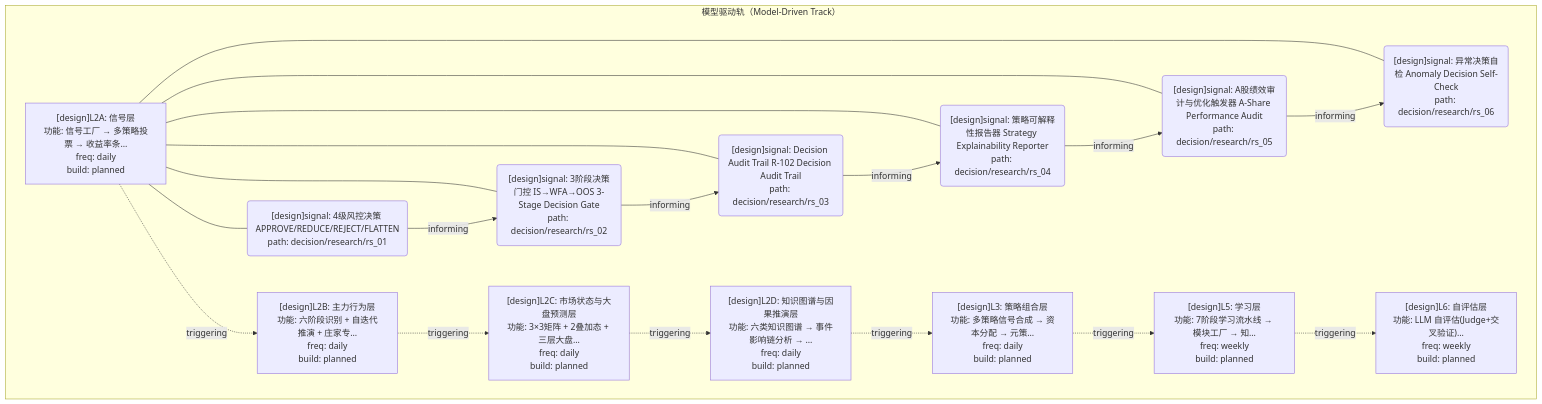
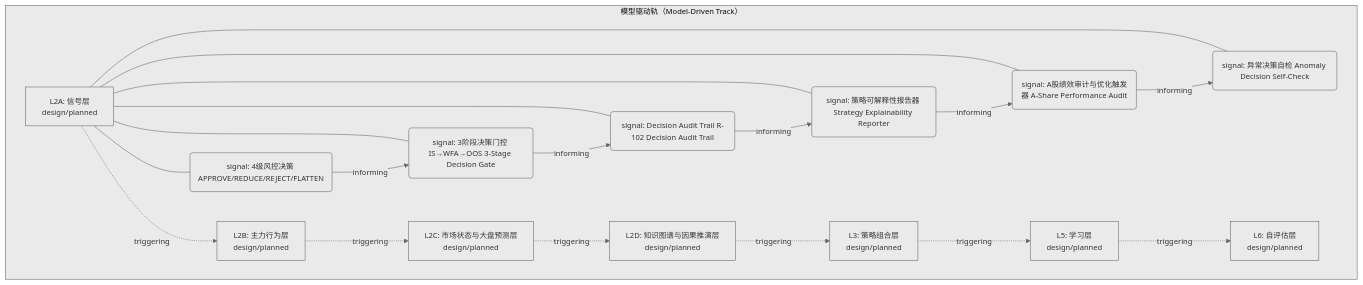
The first of 2 diagrams in docs/02_enterprise_architecture/06_decision_architecture/09_decision_l2a_research.md (xuanFelixVan/ZephyrAlpha), drawn with Mermaid before and after one commit. The commit also changed other lines of this file and 23 other files, not shown here.

First line of the commit message:
fix(decision-diagram): mermaid 图加 subgraph 容器 + clusterBkg 主题变量

````diff
--- a/docs/02_enterprise_architecture/06_decision_architecture/09_decision_l2a_research.md
+++ b/docs/02_enterprise_architecture/06_decision_architecture/09_decision_l2a_research.md
@@ -21,35 +21,36 @@
 ```mermaid
+%%{init: {'theme': 'base', 'themeVariables': {'primaryColor': '#eaeaea', 'primaryTextColor': '#333333', 'primaryBorderColor': '#666666', 'lineColor': '#666666', 'clusterBkg': '#eaeaea', 'clusterBorder': '#666666', 'fontSize': '14px'}}}%%
 flowchart TD
     subgraph track_model_driven["模型驱动轨（Model-Driven Track）"]
-        LL2A["[design]L2A: 信号层<br/>功能: 信号工厂 → 多策略投票 → 收益率条…<br/>freq: daily<br/>build: planned"]
-        N204("[design]signal: 4级风控决策 APPROVE/REDUCE/REJECT/FLATTEN<br/>path: decision/research/rs_01")
+        LL2A["L2A: 信号层<br/>design/planned"]
+        N204("signal: 4级风控决策 APPROVE/REDUCE/REJECT/FLATTEN")
         LL2A --- N204
-        N205("[design]signal: 3阶段决策门控 IS→WFA→OOS 3-Stage Decision Gate<br/>path: decision/research/rs_02")
+        N205("signal: 3阶段决策门控 IS→WFA→OOS 3-Stage Decision Gate")
         LL2A --- N205
-        N206("[design]signal: Decision Audit Trail R-102 Decision Audit Trail<br/>path: decision/research/rs_03")
+        N206("signal: Decision Audit Trail R-102 Decision Audit Trail")
         LL2A --- N206
-        N211("[design]signal: 策略可解释性报告器 Strategy Explainability Reporter<br/>path: decision/research/rs_04")
+        N211("signal: 策略可解释性报告器 Strategy Explainability Reporter")
         LL2A --- N211
-        N212("[design]signal: A股绩效审计与优化触发器 A-Share Performance Audit<br/>path: decision/research/rs_05")
+        N212("signal: A股绩效审计与优化触发器 A-Share Performance Audit")
         LL2A --- N212
-        N213("[design]signal: 异常决策自检 Anomaly Decision Self-Check<br/>path: decision/research/rs_06")
+        N213("signal: 异常决策自检 Anomaly Decision Self-Check")
         LL2A --- N213
-        LL2B["[design]L2B: 主力行为层<br/>功能: 六阶段识别 + 自迭代推演 + 庄家专…<br/>freq: daily<br/>build: planned"]
-        LL2C["[design]L2C: 市场状态与大盘预测层<br/>功能: 3×3矩阵 + 2叠加态 + 三层大盘…<br/>freq: daily<br/>build: planned"]
-        LL2D["[design]L2D: 知识图谱与因果推演层<br/>功能: 六类知识图谱 → 事件影响链分析 → …<br/>freq: daily<br/>build: planned"]
-        LL3["[design]L3: 策略组合层<br/>功能: 多策略信号合成 → 资本分配 → 元策…<br/>freq: daily<br/>build: planned"]
-        LL5["[design]L5: 学习层<br/>功能: 7阶段学习流水线 → 模块工厂 → 知…<br/>freq: weekly<br/>build: planned"]
-        LL6["[design]L6: 自评估层<br/>功能: LLM 自评估(Judge+交叉验证)…<br/>freq: weekly<br/>build: planned"]
+        LL2B["L2B: 主力行为层<br/>design/planned"]
+        LL2C["L2C: 市场状态与大盘预测层<br/>design/planned"]
+        LL2D["L2D: 知识图谱与因果推演层<br/>design/planned"]
+        LL3["L3: 策略组合层<br/>design/planned"]
+        LL5["L5: 学习层<br/>design/planned"]
+        LL6["L6: 自评估层<br/>design/planned"]
     end
     LL2A -.->|triggering| LL2B
     LL2B -.->|triggering| LL2C
     LL2C -.->|triggering| LL2D
     LL2D -.->|triggering| LL3
     LL3 -.->|triggering| LL5
     LL5 -.->|triggering| LL6
     N204 -->|informing| N205
     N205 -->|informing| N206
     N206 -->|informing| N211
     N211 -->|informing| N212
     N212 -->|informing| N213
 ```
````
